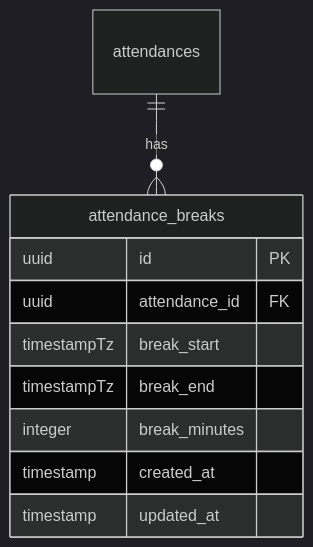
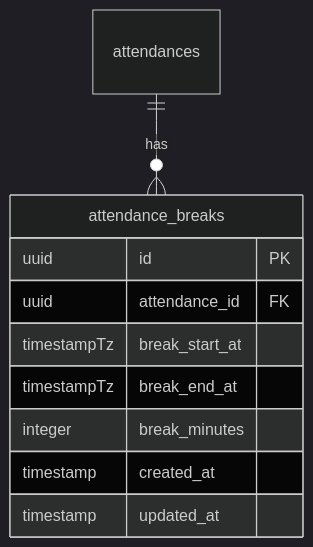
The first of 3 diagrams in docs/dev/break-time-management.md (miyazakisora111/time-attendance), drawn with Mermaid (dark theme) before and after one commit. The commit also changed other lines of this file and 28 other files, not shown here.

````diff
--- a/docs/dev/break-time-management.md
+++ b/docs/dev/break-time-management.md
@@ -9,13 +9,13 @@
 ```mermaid
 erDiagram
     attendances ||--o{ attendance_breaks : has
     attendance_breaks {
         uuid id PK
         uuid attendance_id FK
-        timestampTz break_start
-        timestampTz break_end
+        timestampTz break_start_at
+        timestampTz break_end_at
         integer break_minutes
         timestamp created_at
         timestamp updated_at
     }
 ```
````
